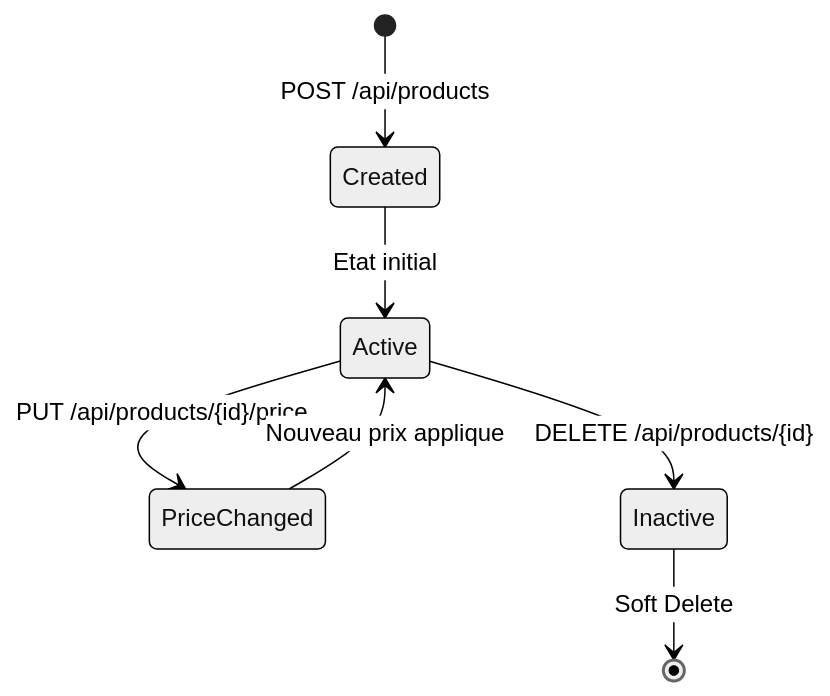
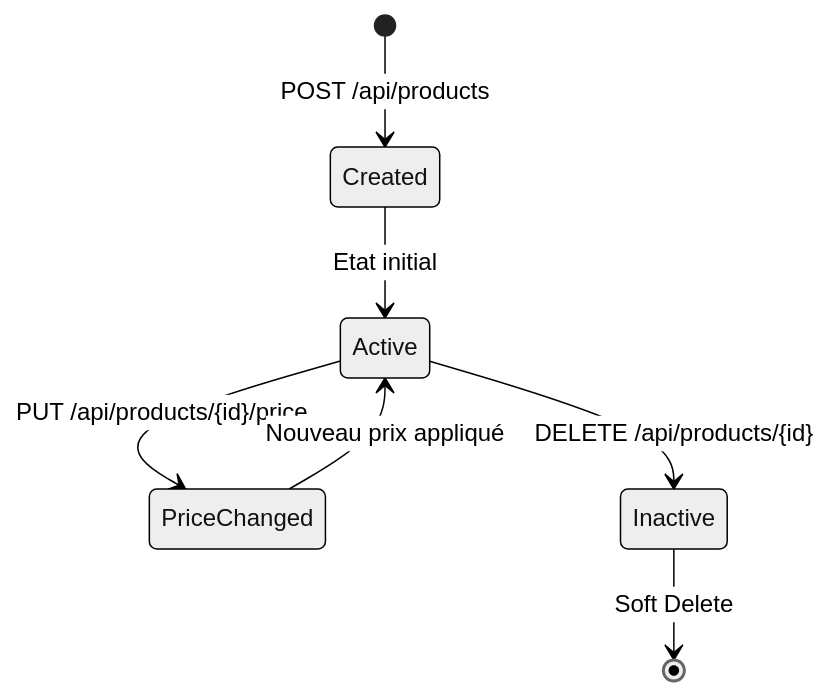
One commit to HugoRytlewski/AdvancedDevSampleFinal changed the third of 5 diagrams in docs/architecture.md. Above: the diagram before and after it, drawn with Mermaid (neutral theme). The commit also changed other lines of this file and 7 other files, not shown here.

````diff
--- a/docs/architecture.md
+++ b/docs/architecture.md
@@ -81,9 +81,9 @@
 ```mermaid
 stateDiagram-v2
     [*] --> Created: POST /api/products
     Created --> Active: Etat initial
     Active --> PriceChanged: PUT /api/products/{id}/price
-    PriceChanged --> Active: Nouveau prix applique
+    PriceChanged --> Active: Nouveau prix appliqué
     Active --> Inactive: DELETE /api/products/{id}
     Inactive --> [*]: Soft Delete
 ```
````
